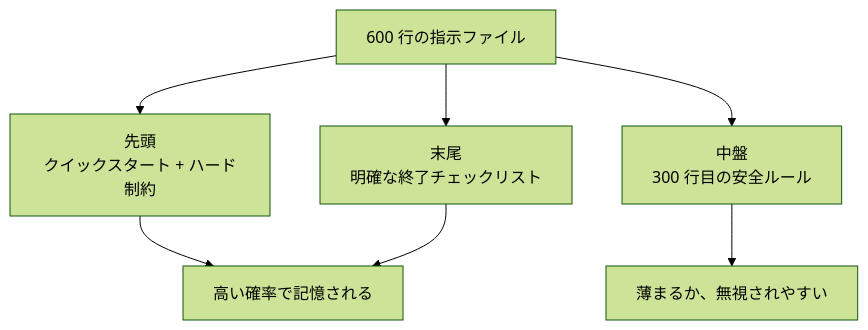
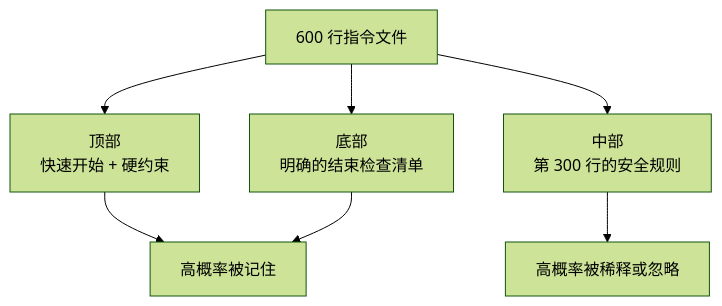
One commit to mkusaka/learn-harness-engineering changed the second of 2 diagrams in docs/zh/lectures/lecture-04-why-one-giant-instruction-file-fails/index.md. Above: the diagram before and after it, drawn with Mermaid (forest theme). The commit also changed other lines of this file and 684 other files, not shown here.

````diff
--- a/docs/zh/lectures/lecture-04-why-one-giant-instruction-file-fails/index.md
+++ b/docs/zh/lectures/lecture-04-why-one-giant-instruction-file-fails/index.md
@@ -48,9 +48,9 @@
 ```mermaid
 flowchart TB
-    File["600 行の指示ファイル"] --> Top["先頭<br/>クイックスタート + ハード制約"]
-    File --> Mid["中盤<br/>300 行目の安全ルール"]
-    File --> Bot["末尾<br/>明確な終了チェックリスト"]
-    Top --> Seen["高い確率で記憶される"]
+    File["600 行指令文件"] --> Top["顶部<br/>快速开始 + 硬约束"]
+    File --> Mid["中部<br/>第 300 行的安全规则"]
+    File --> Bot["底部<br/>明确的结束检查清单"]
+    Top --> Seen["高概率被记住"]
     Bot --> Seen
-    Mid --> Missed["薄まるか、無視されやすい"]
+    Mid --> Missed["高概率被稀释或忽略"]
 ```
````
